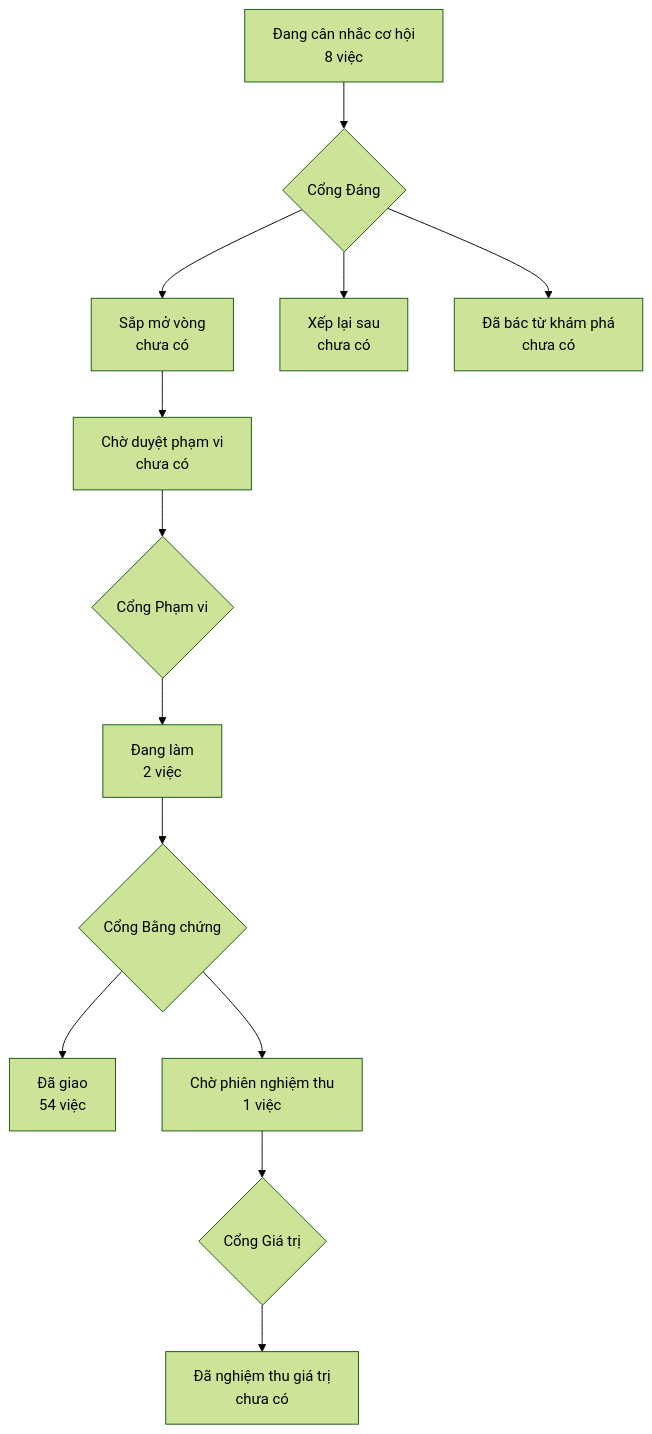
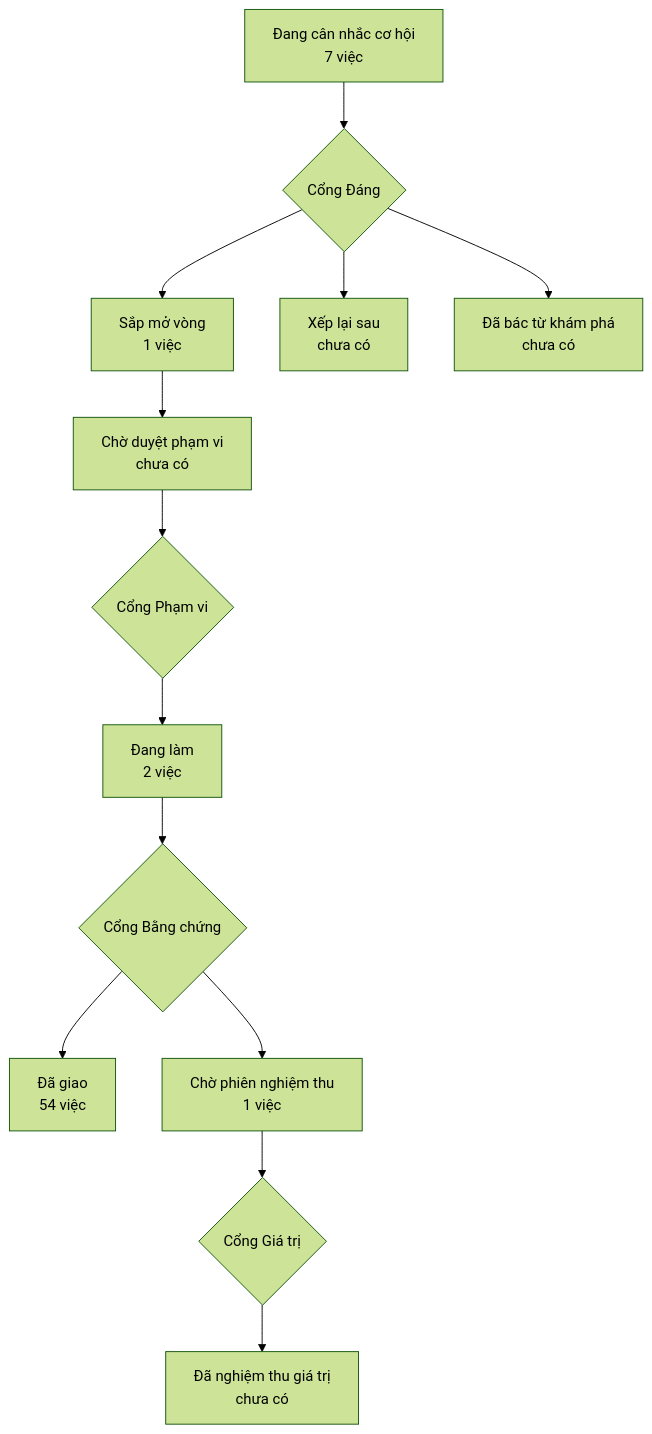
The diagram in PRODUCT-MAP.md (phanlemanh/acceptance-gate-kit), drawn with Mermaid (forest theme) before and after one commit. The commit also changed other lines of this file and 2 other files, not shown here.

Commit message:
opp(lenh-in-ra-phai-bam-duoc): owner build tại Cổng Đáng 2026-08-22T14:55:20Z — stage decided, ngưỡng UAT chốt, sổ gate0; bản đồ vẽ lại

````diff
--- a/PRODUCT-MAP.md
+++ b/PRODUCT-MAP.md
@@ -6,12 +6,12 @@
 ```mermaid
 flowchart TD
-  A["Đang cân nhắc cơ hội<br/>8 việc"] --> GD{"Cổng Đáng"}
-  GD --> B["Sắp mở vòng<br/>chưa có"]
+  A["Đang cân nhắc cơ hội<br/>7 việc"] --> GD{"Cổng Đáng"}
+  GD --> B["Sắp mở vòng<br/>1 việc"]
   GD --> XL["Xếp lại sau<br/>chưa có"]
   GD --> DB["Đã bác từ khám phá<br/>chưa có"]
   B --> CD["Chờ duyệt phạm vi<br/>chưa có"] --> GP{"Cổng Phạm vi"}
   GP --> DL["Đang làm<br/>2 việc"] --> GB{"Cổng Bằng chứng"}
   GB --> DG["Đã giao<br/>54 việc"]
   GB --> CN["Chờ phiên nghiệm thu<br/>1 việc"] --> GG{"Cổng Giá trị"}
   GG --> NT["Đã nghiệm thu giá trị<br/>chưa có"]
 ```
````
